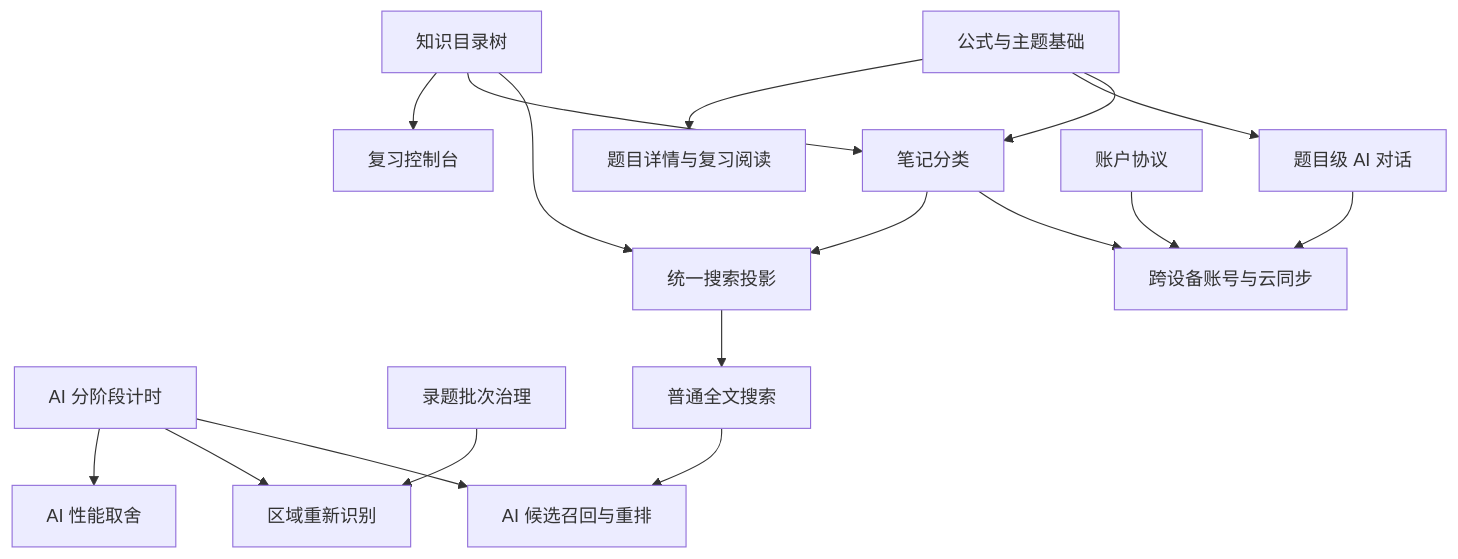
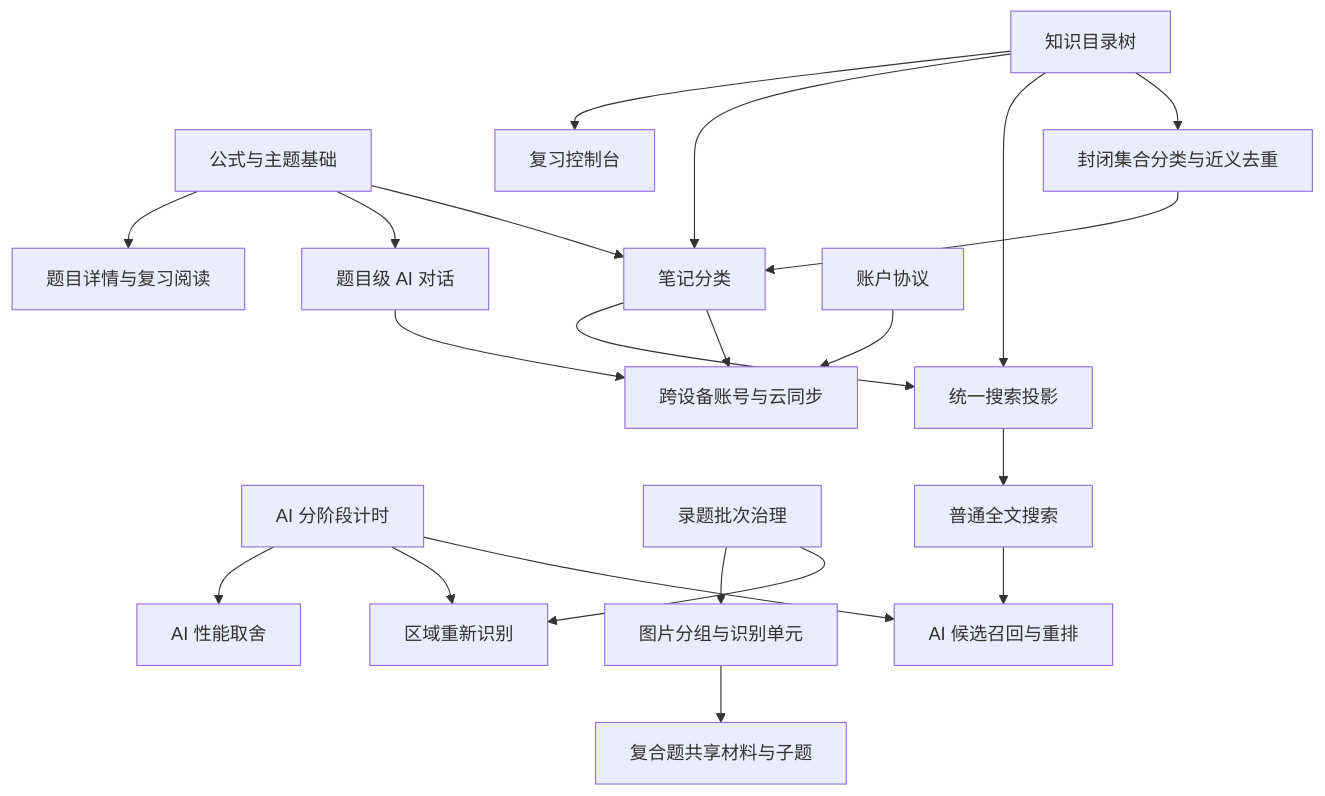
One commit to sign-river/Yancuo changed the diagram in docs/12_产品体验与下一阶段任务规划.md. Above: the diagram before and after it, drawn with Mermaid. The commit also changed other lines of this file and 2 other files, not shown here.

````diff
--- a/docs/12_产品体验与下一阶段任务规划.md
+++ b/docs/12_产品体验与下一阶段任务规划.md
@@ -1410,19 +1526,23 @@
 ```mermaid
 flowchart TD
     A["公式与主题基础"] --> D["题目详情与复习阅读"]
     B["AI 分阶段计时"] --> C["AI 性能取舍"]
     B --> E["区域重新识别"]
+    F --> P["图片分组与识别单元"]
+    P --> Q["复合题共享材料与子题"]
     F["录题批次治理"] --> E
     G["知识目录树"] --> H["复习控制台"]
     G --> I["笔记分类"]
     G --> M["统一搜索投影"]
     M --> N["普通全文搜索"]
     N --> O["AI 候选召回与重排"]
     B --> O
     A --> J["题目级 AI 对话"]
     A --> I
+    G --> T["封闭集合分类与近义去重"]
+    T --> I
     I --> M
     K["账户协议"] --> L["跨设备账号与云同步"]
     J --> L
     I --> L
 ```
````
